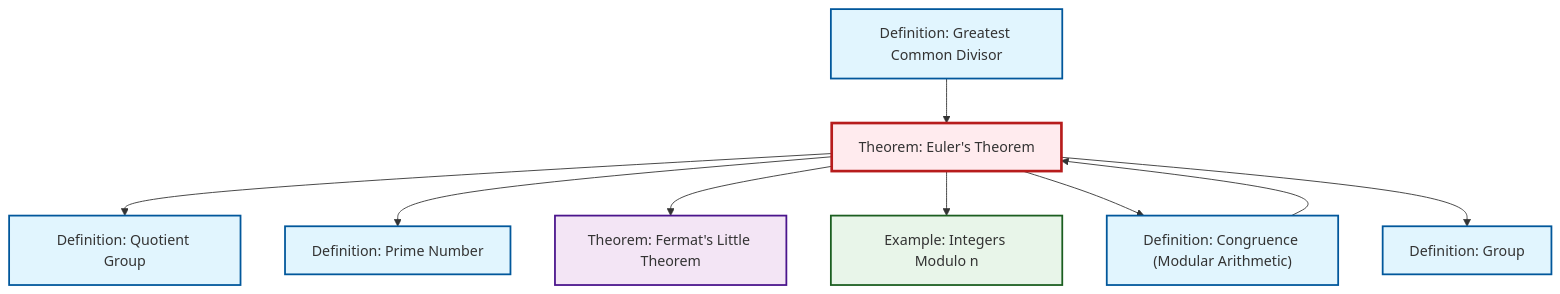
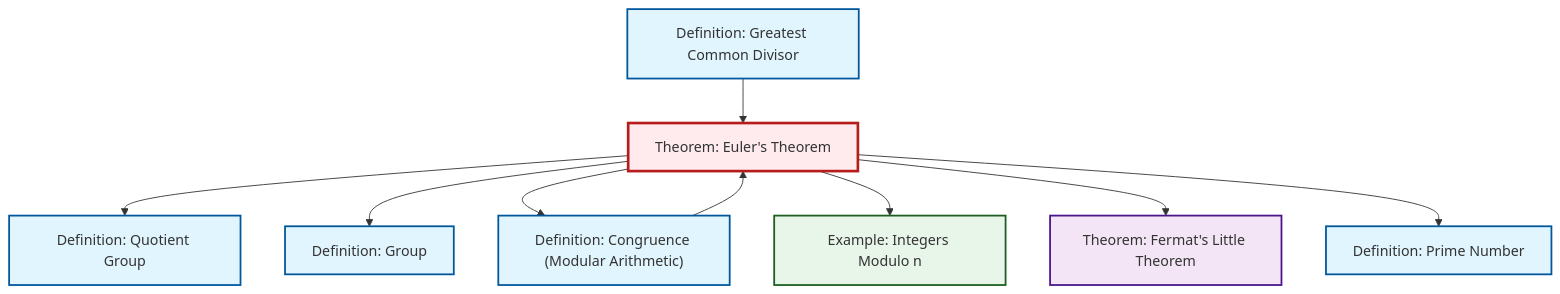
One commit to RK0429/ModernMath changed the diagram in content/ja/number-theory/thm-euler.qmd. Above: the diagram before and after it, drawn with Mermaid. The commit also changed other lines of this file and 554 other files, not shown here.

````diff
--- a/content/ja/number-theory/thm-euler.qmd
+++ b/content/ja/number-theory/thm-euler.qmd
@@ -53,33 +53,33 @@
 ```{mermaid}
 %%| fig-cap: "Local dependency graph"
 graph TD
     classDef definition fill:#e1f5fe,stroke:#01579b,stroke-width:2px
     classDef theorem fill:#f3e5f5,stroke:#4a148c,stroke-width:2px
     classDef axiom fill:#fff3e0,stroke:#e65100,stroke-width:2px
     classDef example fill:#e8f5e9,stroke:#1b5e20,stroke-width:2px
     classDef current fill:#ffebee,stroke:#b71c1c,stroke-width:3px
+    def-prime["Definition: Prime Number"]:::definition
     def-quotient-group["Definition: Quotient Group"]:::definition
+    ex-quotient-integers-mod-n["Example: Integers Modulo n"]:::example
     thm-euler["Theorem: Euler's Theorem"]:::theorem
+    def-group["Definition: Group"]:::definition
     thm-fermat-little["Theorem: Fermat's Little Theorem"]:::theorem
     def-congruence["Definition: Congruence (Modular Arithmetic)"]:::definition
-    def-group["Definition: Group"]:::definition
     def-gcd["Definition: Greatest Common Divisor"]:::definition
-    ex-quotient-integers-mod-n["Example: Integers Modulo n"]:::example
-    def-prime["Definition: Prime Number"]:::definition
+    def-congruence --> thm-euler
     thm-euler --> def-quotient-group
+    thm-euler --> def-group
+    thm-euler --> def-congruence
+    thm-euler --> ex-quotient-integers-mod-n
+    thm-euler --> thm-fermat-little
     def-gcd --> thm-euler
     thm-euler --> def-prime
-    thm-euler --> thm-fermat-little
-    thm-euler --> ex-quotient-integers-mod-n
-    thm-euler --> def-congruence
-    def-congruence --> thm-euler
-    thm-euler --> def-group
     class thm-euler current
+    click def-prime "def-prime.html" "Definition: Prime Numberへ"
     click def-quotient-group "def-quotient-group.html" "Definition: Quotient Groupへ"
+    click ex-quotient-integers-mod-n "ex-quotient-integers-mod-n.html" "Example: Integers Modulo nへ"
+    click def-group "def-group.html" "Definition: Groupへ"
     click thm-fermat-little "thm-fermat-little.html" "Theorem: Fermat's Little Theoremへ"
     click def-congruence "def-congruence.html" "Definition: Congruence (Modular Arithmetic)へ"
-    click def-group "def-group.html" "Definition: Groupへ"
     click def-gcd "def-gcd.html" "Definition: Greatest Common Divisorへ"
-    click ex-quotient-integers-mod-n "ex-quotient-integers-mod-n.html" "Example: Integers Modulo nへ"
-    click def-prime "def-prime.html" "Definition: Prime Numberへ"
 ```
````
